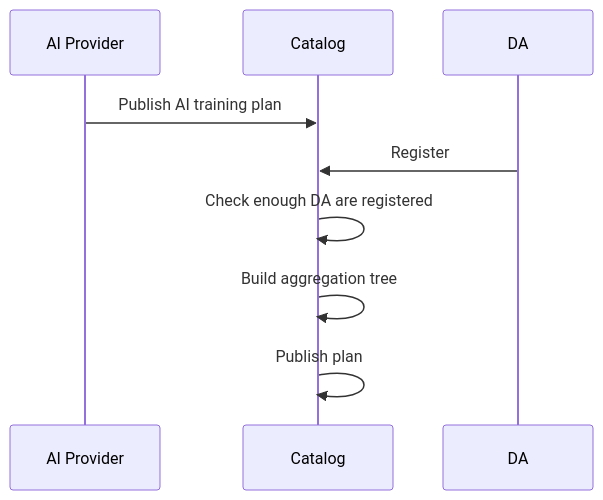
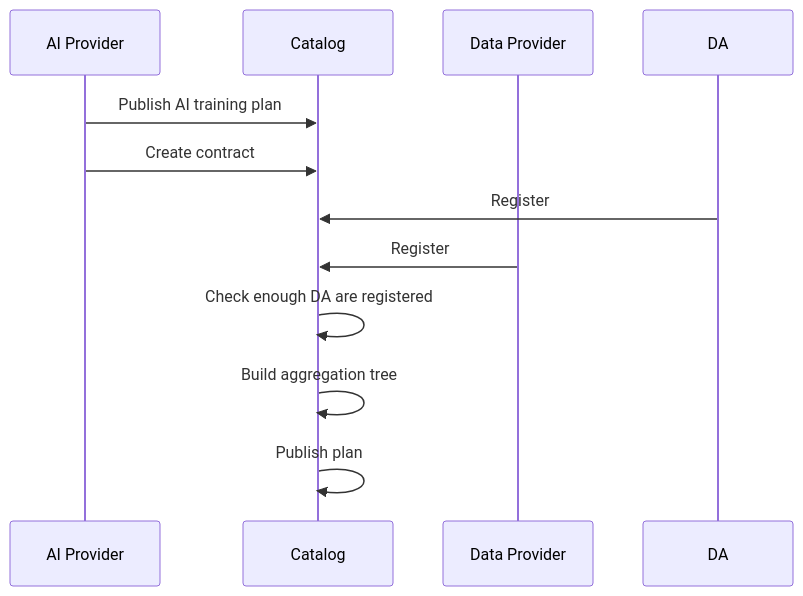
Before and after one commit to Prometheus-X-association/decentralized-ai-training: the first of 3 diagrams in docs/design-document.md, drawn with Mermaid. The commit also changed other lines of this file and 1 other file, not shown here.

````diff
--- a/docs/design-document.md
+++ b/docs/design-document.md
@@ -501,12 +511,15 @@
 ```mermaid
 sequenceDiagram
     participant AIProvider as AI Provider
     participant Catalog
+    participant DP1 as Data Provider
     participant DA1 as DA
     
     AIProvider->>Catalog: Publish AI training plan
+    AIProvider->>Catalog: Create contract
     DA1->>Catalog: Register
+    DP1->>Catalog: Register
     Catalog->>Catalog: Check enough DA are registered
     Catalog->>Catalog: Build aggregation tree
     Catalog->>Catalog: Publish plan
 ```
````
